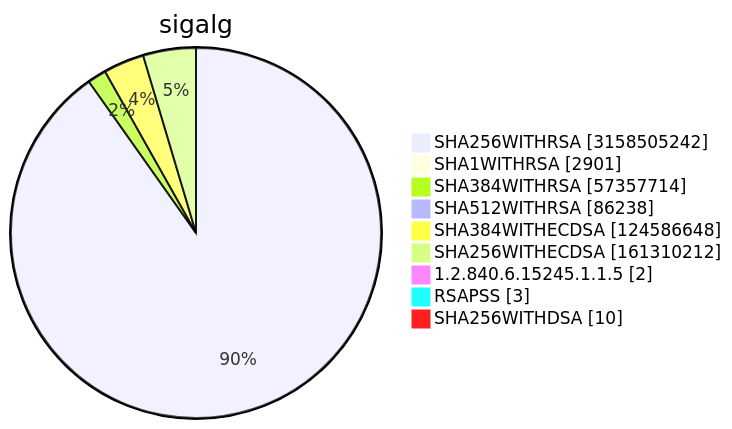
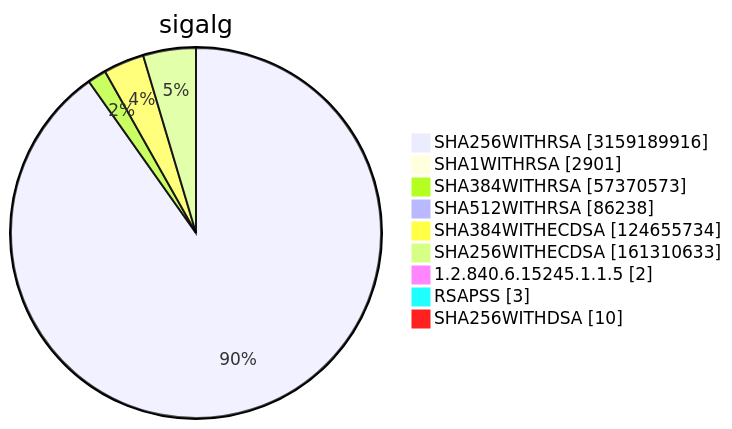
One commit to christiankrug/ctmonitor_visualization changed diagram 15 of 15 in TOTAL/README.md. Above: the diagram before and after it, drawn with Mermaid. The commit also changed other lines of this file, not shown here.

````diff
--- a/TOTAL/README.md
+++ b/TOTAL/README.md
@@ -6215,13 +6215,13 @@
 ```mermaid
 pie showData
 title sigalg
-"SHA256WITHRSA" :3158505242
+"SHA256WITHRSA" :3159189916
 "SHA1WITHRSA" :2901
-"SHA384WITHRSA" :57357714
+"SHA384WITHRSA" :57370573
 "SHA512WITHRSA" :86238
-"SHA384WITHECDSA" :124586648
-"SHA256WITHECDSA" :161310212
+"SHA384WITHECDSA" :124655734
+"SHA256WITHECDSA" :161310633
 "1.2.840.6.15245.1.1.5" :2
 "RSAPSS" :3
 "SHA256WITHDSA" :10
 ```
````
